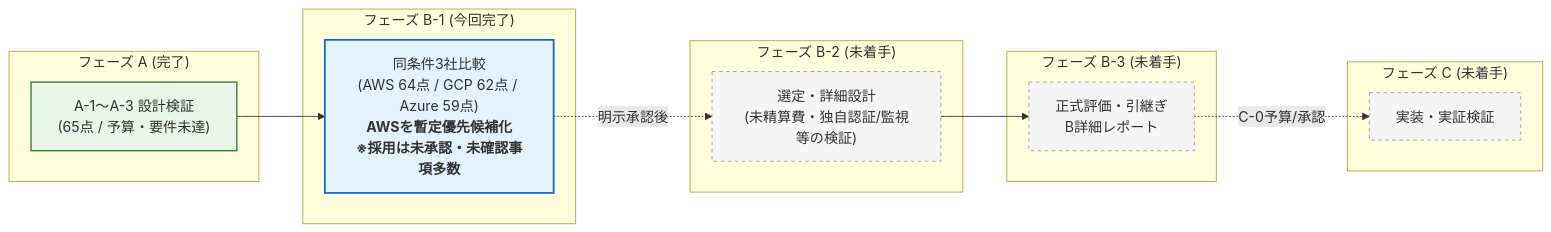
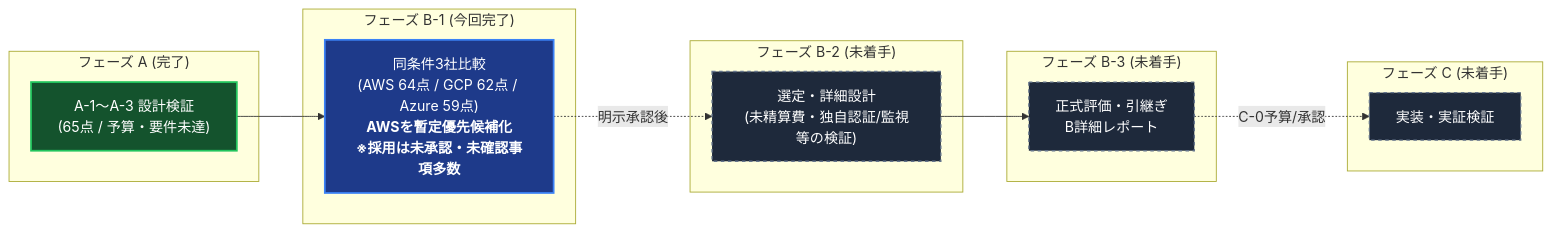
One commit to moruku36/cloud-validation-level3-astra-light changed the second of 2 diagrams in experiments/B/B-1/README.md. Above: the diagram before and after it, drawn with Mermaid. The commit also changed 2 other files, not shown here.

Commit message:
fix(diagram): improve text contrast and readability in dark mode

````diff
--- a/experiments/B/B-1/README.md
+++ b/experiments/B/B-1/README.md
@@ -109,30 +109,30 @@
 ```mermaid
 flowchart LR
   subgraph PhaseA["フェーズ A (完了)"]
     A["A-1〜A-3 設計検証<br/>(65点 / 予算・要件未達)"]
   end
   subgraph PhaseB1["フェーズ B-1 (今回完了)"]
     B1["同条件3社比較<br/>(AWS 64点 / GCP 62点 / Azure 59点)<br/><b>AWSを暫定優先候補化<br/>※採用は未承認・未確認事項多数</b>"]
   end
   subgraph PhaseB2["フェーズ B-2 (未着手)"]
     B2["選定・詳細設計<br/>(未精算費・独自認証/監視等の検証)"]
   end
   subgraph PhaseB3["フェーズ B-3 (未着手)"]
     B3["正式評価・引継ぎ<br/>B詳細レポート"]
   end
   subgraph PhaseC["フェーズ C (未着手)"]
     C["実装・実証検証"]
   end
 
   A --> B1
   B1 -.->|明示承認後| B2
   B2 --> B3
   B3 -.->|C-0予算/承認| C
 
-  classDef done fill:#e8f5e9,stroke:#2e7d32,stroke-width:1.5px;
-  classDef current fill:#e3f2fd,stroke:#1565c0,stroke-width:2px;
-  classDef future fill:#f5f5f5,stroke:#9e9e9e,stroke-width:1px,stroke-dasharray: 4 4;
+  classDef done fill:#14532d,stroke:#22c55e,stroke-width:2px,color:#ffffff;
+  classDef current fill:#1e3a8a,stroke:#3b82f6,stroke-width:2px,color:#ffffff;
+  classDef future fill:#1e293b,stroke:#64748b,stroke-width:1.5px,stroke-dasharray: 4 4,color:#ffffff;
   class A done;
   class B1 current;
   class B2,B3,C future;
 ```
````
